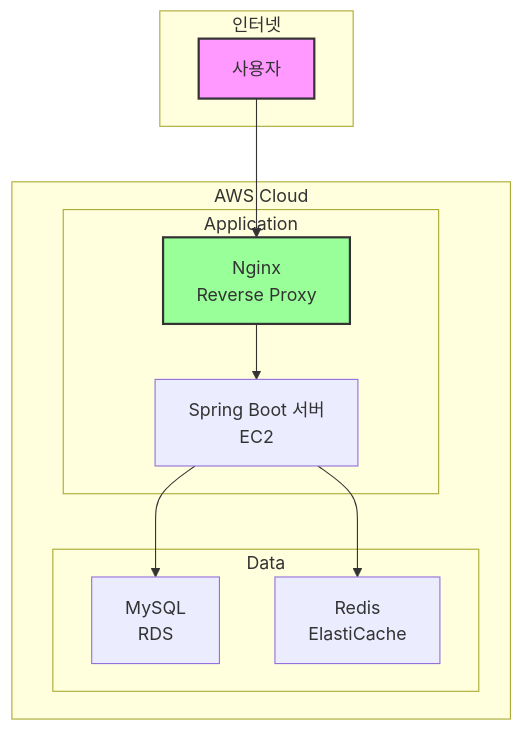
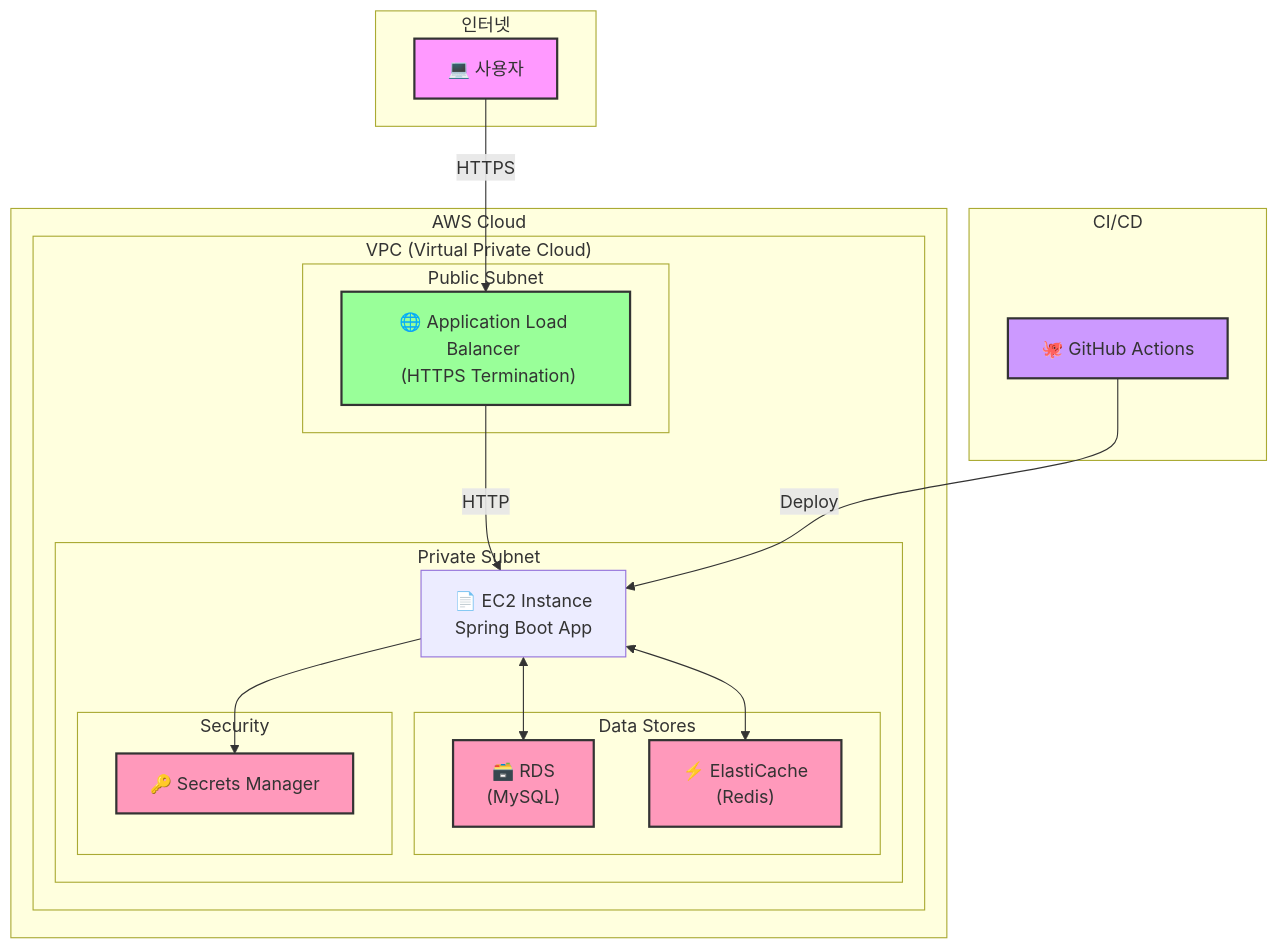
Before and after one commit to VitaCheck/vitacheck-be: the diagram in README.md, drawn with Mermaid. The commit also changed other lines of this file, not shown here.

````diff
--- a/README.md
+++ b/README.md
@@ -31,20 +31,49 @@
 ```mermaid
 graph TD
     subgraph "인터넷"
-        User[사용자]
+        User[💻 사용자]
+    end
+
+    subgraph "CI/CD"
+      GitHubActions[🐙 GitHub Actions]
     end
 
     subgraph "AWS Cloud"
-        subgraph "Application"
-            Nginx[Nginx <br> Reverse Proxy] --> SpringBoot[Spring Boot 서버 <br> EC2]
+        subgraph "VPC (Virtual Private Cloud)"
+            subgraph "Public Subnet"
+                ALB["🌐 Application Load Balancer <br> (HTTPS Termination)"]
+            end
+
+            subgraph "Private Subnet"
+                EC2["📄 EC2 Instance <br> Spring Boot App"]
+
+                subgraph "Data Stores"
+                    RDS["🗃️ RDS <br> (MySQL)"]
+                    Redis["⚡️ ElastiCache <br> (Redis)"]
+                end
+
+                subgraph "Security"
+                    SecretsManager["🔑 Secrets Manager"]
+                end
+            end
         end
-        subgraph "Data"
-            SpringBoot --> RDS[MySQL <br> RDS]
-            SpringBoot --> Redis[Redis <br> ElastiCache]
-        end
-        User --> Nginx
     end
 
+    %% Flow
+    User -- HTTPS --> ALB
+    ALB -- HTTP --> EC2
+    
+    EC2 <--> RDS
+    EC2 <--> Redis
+    EC2 --> SecretsManager
+
+    GitHubActions -- Deploy --> EC2
+
+    %% Styling
     style User fill:#f9f,stroke:#333,stroke-width:2px
-    style Nginx fill:#9f9,stroke:#333,stroke-width:2px
+    style ALB fill:#9f9,stroke:#333,stroke-width:2px
+    style RDS fill:#f9b,stroke:#333,stroke-width:2px
+    style Redis fill:#f9b,stroke:#333,stroke-width:2px
+    style SecretsManager fill:#f9b,stroke:#333,stroke-width:2px
+    style GitHubActions fill:#c9f,stroke:#333,stroke-width:2px
 ```
````
